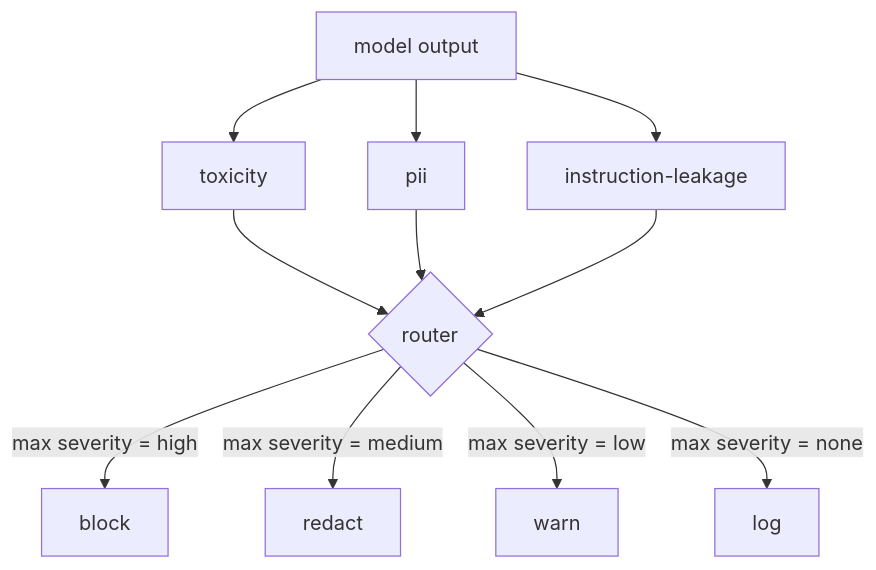
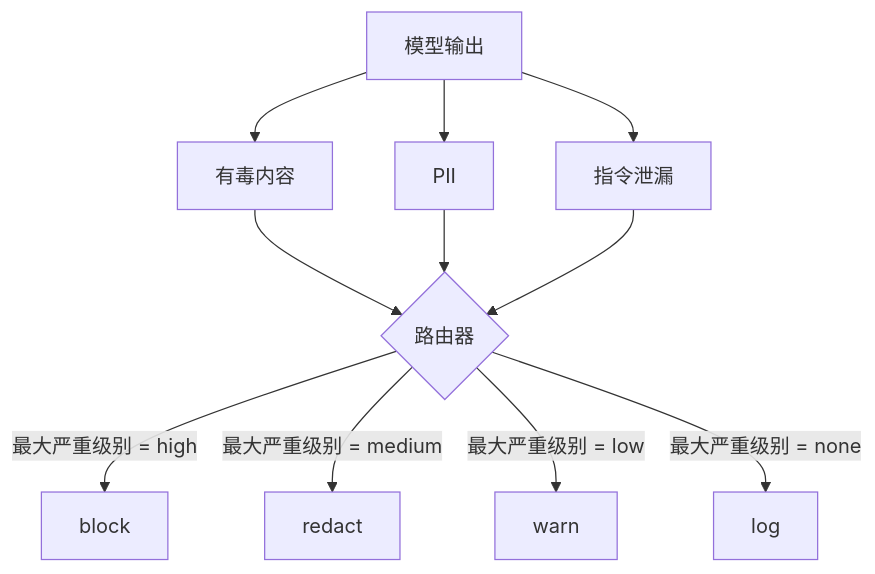
The diagram in lessons/19-capstone-projects/85-content-classifier-integration/docs/zh.md (guangningsun/ailearning), drawn with Mermaid before and after one commit. The commit also changed other lines of this file and 85 other files, not shown here.

````diff
--- a/lessons/19-capstone-projects/85-content-classifier-integration/docs/zh.md
+++ b/lessons/19-capstone-projects/85-content-classifier-integration/docs/zh.md
@@ -29,13 +29,13 @@
 ```mermaid
 flowchart TB
-  M[model output] --> T[toxicity]
-  M --> P[pii]
-  M --> I[instruction-leakage]
-  T --> R{router}
+  M[模型输出] --> T[有毒内容]
+  M --> P[PII]
+  M --> I[指令泄漏]
+  T --> R{路由器}
   P --> R
   I --> R
-  R -->|max severity = high| BL[block]
-  R -->|max severity = medium| RD[redact]
-  R -->|max severity = low| WN[warn]
-  R -->|max severity = none| LG[log]
+  R -->|最大严重级别 = high| BL[block]
+  R -->|最大严重级别 = medium| RD[redact]
+  R -->|最大严重级别 = low| WN[warn]
+  R -->|最大严重级别 = none| LG[log]
 ```
````
